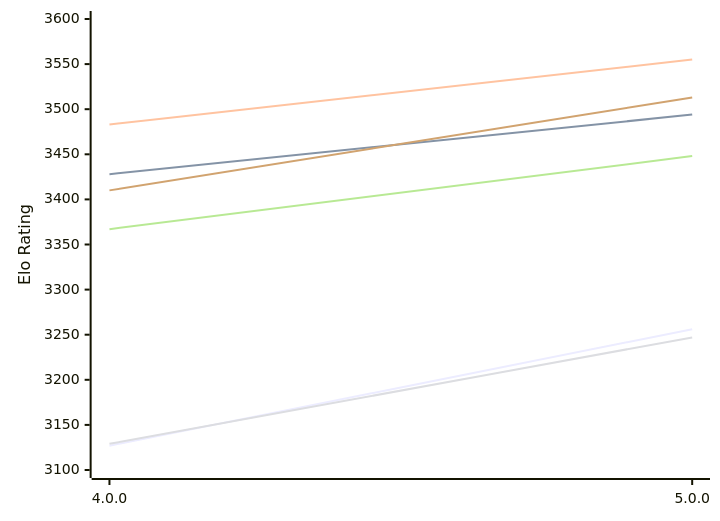
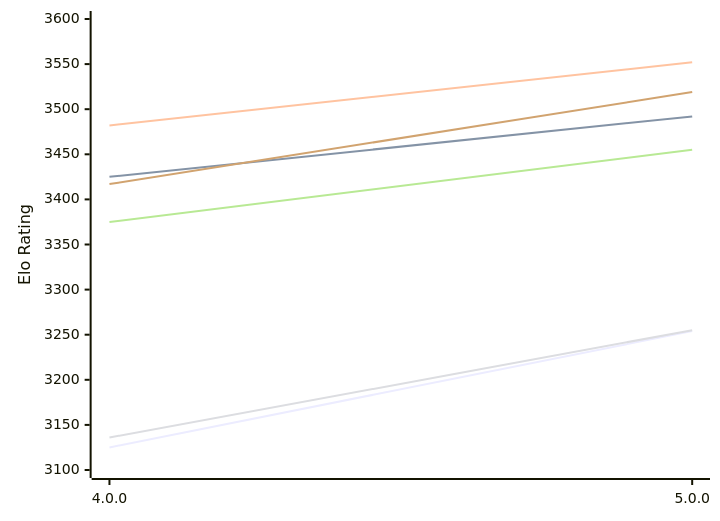
The first of 2 diagrams in engines/Avalanche.md (computer-chess-index/cci), drawn with Mermaid before and after one commit. The commit also changed other lines of this file, not shown here.

Commit message:
Update CCI Ratings (ELO VLTC) - 2026-11-23

````diff
--- a/engines/Avalanche.md
+++ b/engines/Avalanche.md
@@ -50,12 +50,12 @@
 ```mermaid
 %%{init: {"theme":"base","themeVariables":{"seriesColors:['#a3a3a3','#222221','#faa371']}}}%%
 xychart-beta
   x-axis ["4.0.0", "5.0.0"]
   y-axis "Elo Rating" 3100 --> 3600
-  line "E1: STC (8.0+0.08s)" [3127, 3256]
-  line "E1: LTC (60.0+0.60s)" [3428, 3494]
-  line "E1: VLTC (2m24s+1.12s)" [3483, 3555]
-  line "P1: STC (8.0+0.08s)" [3129, 3247]
-  line "P1: LTC (60.0+0.60s)" [3367, 3448]
-  line "P1: VLTC (2m24s+1.12s)" [3410, 3513]
+  line "E1: STC (8.0+0.08s)" [3125, 3254]
+  line "E1: LTC (60.0+0.60s)" [3425, 3492]
+  line "E1: VLTC (2m24s+1.12s)" [3482, 3552]
+  line "P1: STC (8.0+0.08s)" [3136, 3255]
+  line "P1: LTC (60.0+0.60s)" [3375, 3455]
+  line "P1: VLTC (2m24s+1.12s)" [3417, 3519]
 ```
````
